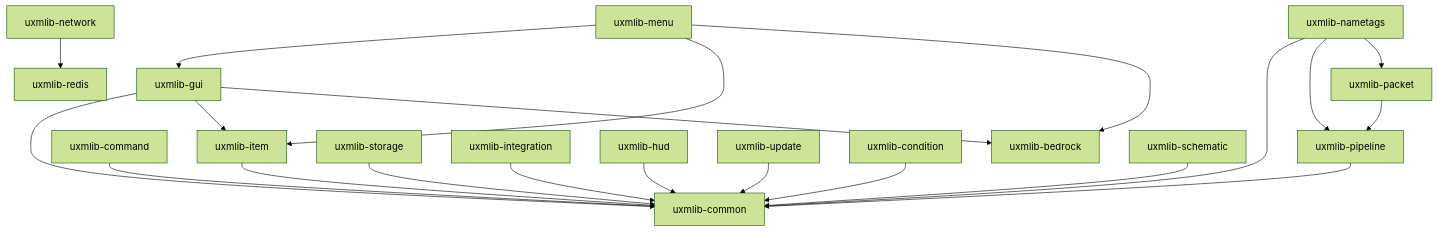
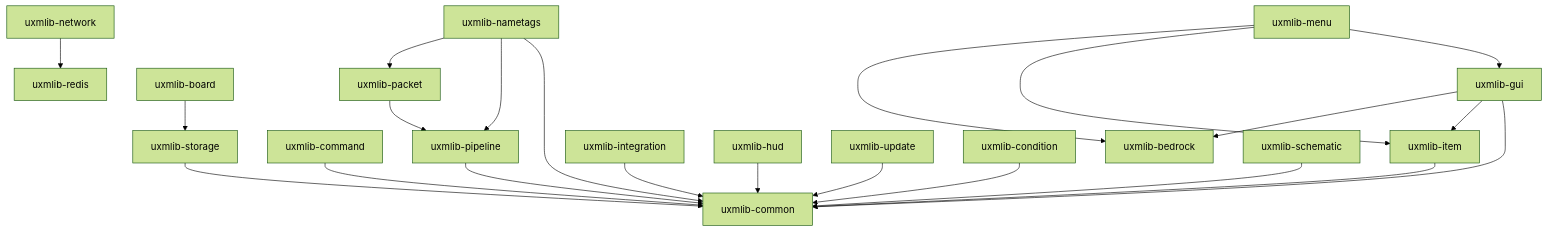
The diagram in docs/internals/overview.md (UXPLIMA/uxm-lib), drawn with Mermaid (forest theme) before and after one commit. The commit also changed 30 other files, not shown here.

````diff
--- a/docs/internals/overview.md
+++ b/docs/internals/overview.md
@@ -11,26 +11,27 @@
 ```mermaid
 graph TD
     common[uxmlib-common]
     item[uxmlib-item] --> common
     command[uxmlib-command] --> common
     bedrock[uxmlib-bedrock]
     gui[uxmlib-gui] --> common
     gui --> item
     gui --> bedrock
     menu[uxmlib-menu] --> gui
     menu --> item
     menu --> bedrock
     storage[uxmlib-storage] --> common
+    board[uxmlib-board] --> storage
     integration[uxmlib-integration] --> common
     hud[uxmlib-hud] --> common
     update[uxmlib-update] --> common
     condition[uxmlib-condition] --> common
     redis[uxmlib-redis]
     network[uxmlib-network] --> redis
     pipeline[uxmlib-pipeline] --> common
     packet[uxmlib-packet] --> pipeline
     nametags[uxmlib-nametags] --> common
     nametags --> pipeline
     nametags --> packet
     schematic[uxmlib-schematic] --> common
 ```
````
